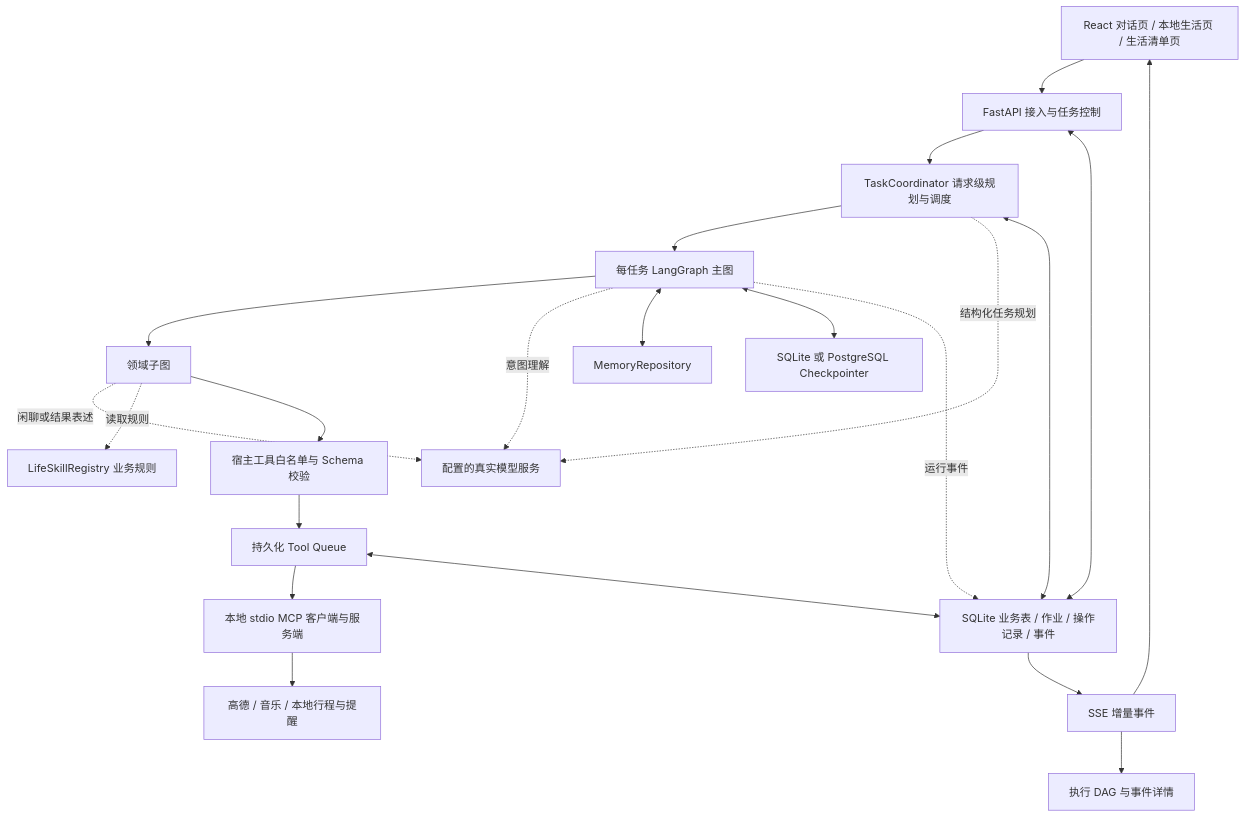
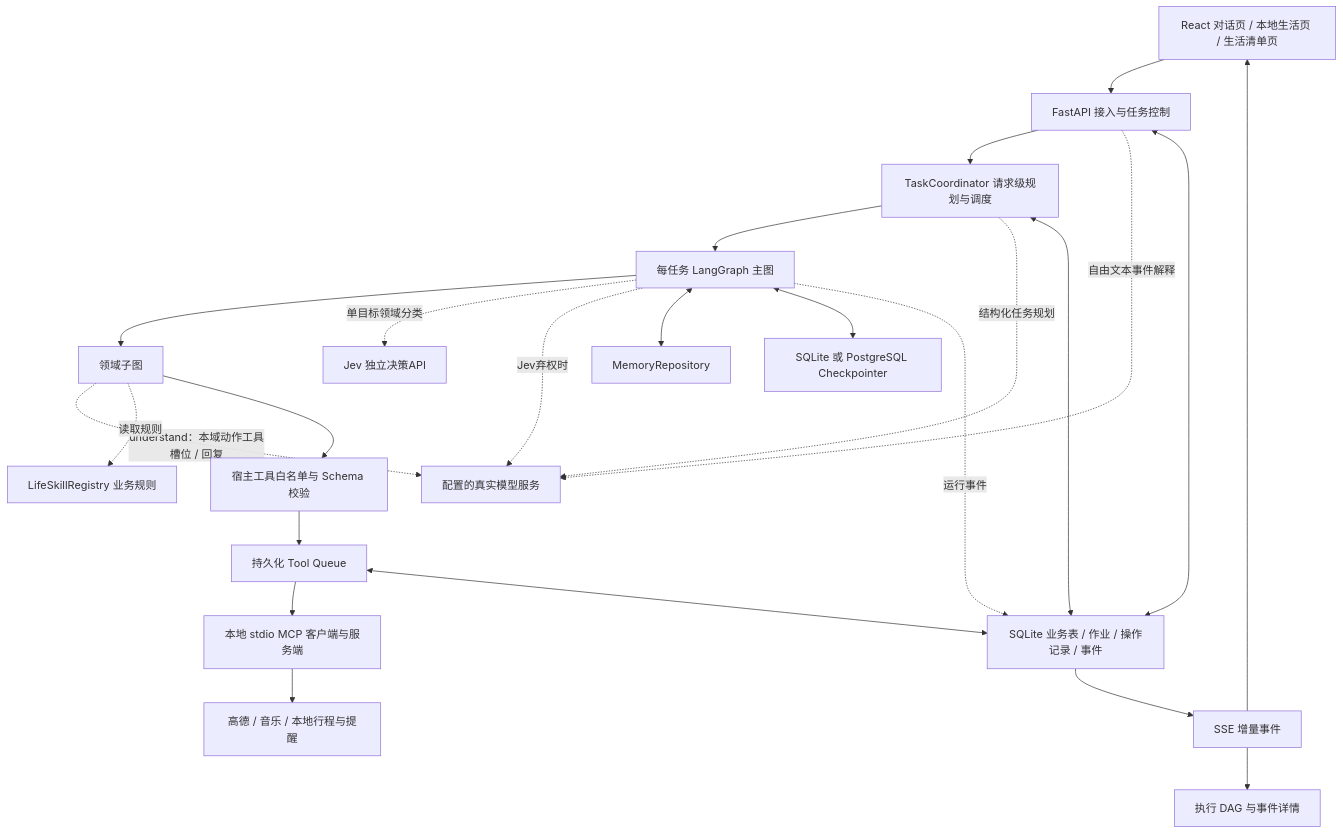
The second of 8 diagrams in docs/LifePlus-Agent-Harness-架构执行与面试指南.md (0FreyaS/LifePlus-Agent-Harness), drawn with Mermaid before and after one commit. The commit also changed other lines of this file and 1 other file, not shown here.

````diff
--- a/docs/LifePlus-Agent-Harness-架构执行与面试指南.md
+++ b/docs/LifePlus-Agent-Harness-架构执行与面试指南.md
@@ -168,34 +191,36 @@
 ```mermaid
 flowchart TB
     UI[React 对话页 / 本地生活页 / 生活清单页]
     API[FastAPI 接入与任务控制]
     CO[TaskCoordinator 请求级规划与调度]
     MAIN[每任务 LangGraph 主图]
     SUB[领域子图]
     MODEL[配置的真实模型服务]
     POL[宿主工具白名单与 Schema 校验]
     Q[持久化 Tool Queue]
     MCP[本地 stdio MCP 客户端与服务端]
     UP[高德 / 音乐 / 本地行程与提醒]
     MEM[MemoryRepository]
     RULE[LifeSkillRegistry 业务规则]
     CP[SQLite 或 PostgreSQL Checkpointer]
     DB[SQLite 业务表 / 作业 / 操作记录 / 事件]
     SSE[SSE 增量事件]
     TRACE[执行 DAG 与事件详情]
 
     UI --> API --> CO --> MAIN --> SUB
     CO -. 结构化任务规划 .-> MODEL
-    MAIN -. 意图理解 .-> MODEL
-    SUB -. 闲聊或结果表述 .-> MODEL
+    API -. 自由文本事件解释 .-> MODEL
+    MAIN -. 单目标领域分类 .-> JEV[Jev 独立决策API]
+    MAIN -. Jev弃权时 .-> MODEL
+    SUB -. understand：本域动作工具槽位 / 回复 .-> MODEL
     MAIN <--> MEM
     SUB -. 读取规则 .-> RULE
     MAIN <--> CP
     SUB --> POL --> Q --> MCP --> UP
     API <--> DB
     CO <--> DB
     Q <--> DB
     MAIN -. 运行事件 .-> DB
     DB --> SSE --> UI
     SSE --> TRACE
 ```
````
